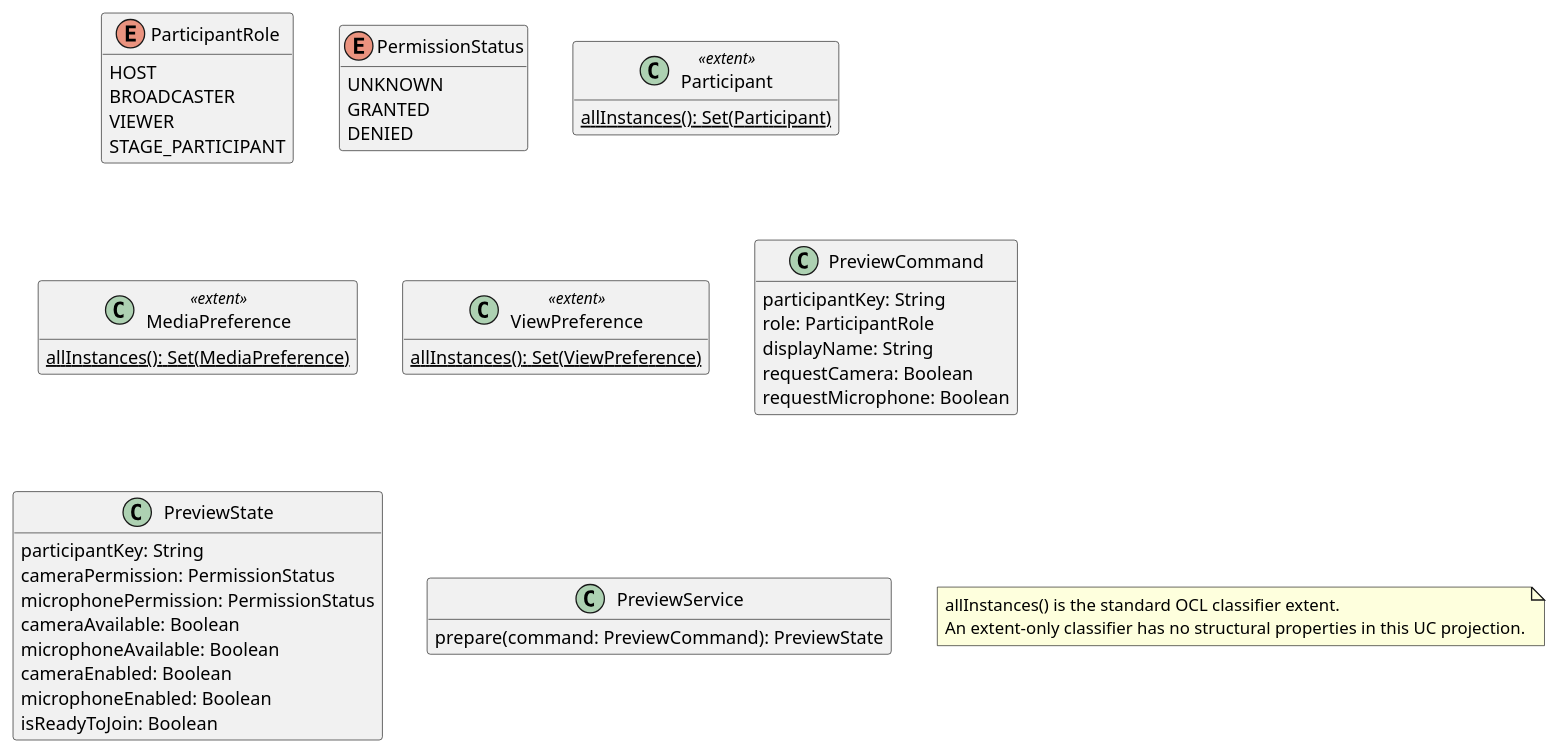
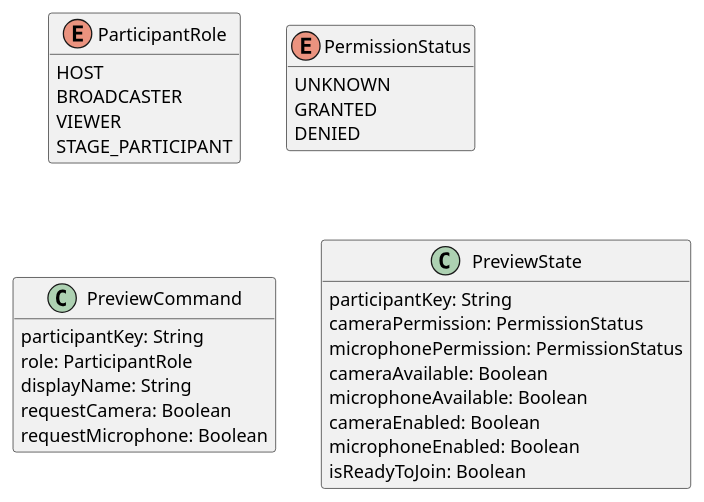
The diagram in docs/01-inception/use-cases/uc-01-review-join-preview-and-permissions.md (tudzct/business-vibe-coding), drawn with PlantUML before and after one commit. The commit also changed other lines of this file and 8 other files, not shown here.

```diff
--- a/docs/01-inception/use-cases/uc-01-review-join-preview-and-permissions.md
+++ b/docs/01-inception/use-cases/uc-01-review-join-preview-and-permissions.md
@@ -87,46 +87,33 @@
 ~~~plantuml
 @startuml
 hide empty members
 enum ParticipantRole {
   HOST
   BROADCASTER
   VIEWER
   STAGE_PARTICIPANT
 }
 enum PermissionStatus {
   UNKNOWN
   GRANTED
   DENIED
-}
-class Participant <<extent>> {
-  {static} allInstances(): Set(Participant)
-}
-class MediaPreference <<extent>> {
-  {static} allInstances(): Set(MediaPreference)
-}
-class ViewPreference <<extent>> {
-  {static} allInstances(): Set(ViewPreference)
 }
 class PreviewCommand {
   participantKey: String
   role: ParticipantRole
   displayName: String
   requestCamera: Boolean
   requestMicrophone: Boolean
 }
 class PreviewState {
   participantKey: String
   cameraPermission: PermissionStatus
   microphonePermission: PermissionStatus
   cameraAvailable: Boolean
   microphoneAvailable: Boolean
   cameraEnabled: Boolean
   microphoneEnabled: Boolean
   isReadyToJoin: Boolean
 }
-class PreviewService {
-  prepare(command: PreviewCommand): PreviewState
-}
-note "allInstances() is the standard OCL classifier extent.\nAn extent-only classifier has no structural properties in this UC projection." as ExtentSemantics
 @enduml
 ~~~
```
